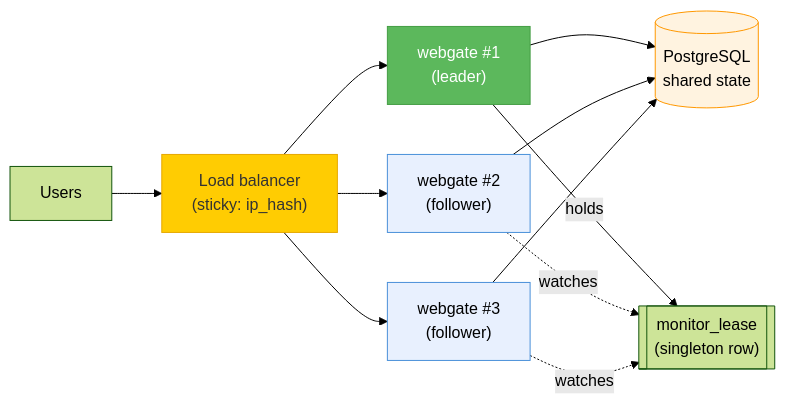
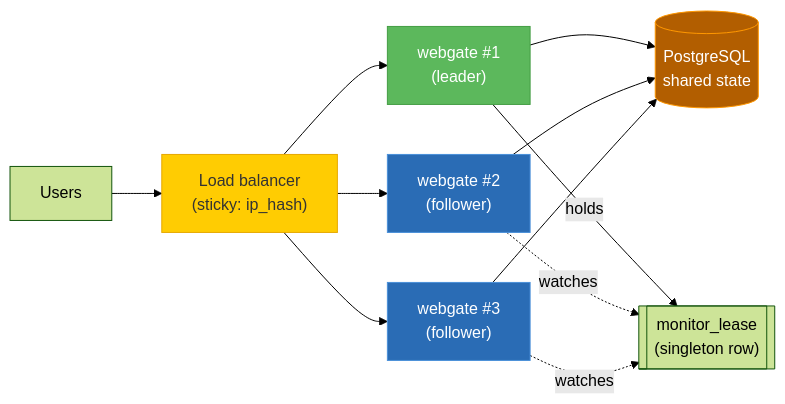
Before and after one commit to kalexnolasco/webgate: the eighth of 8 diagrams in README.md, drawn with Mermaid (forest theme). The commit also changed other lines of this file and 26 other files, not shown here.

````diff
--- a/README.md
+++ b/README.md
@@ -583,25 +583,25 @@
 ```mermaid
 flowchart LR
     U["Users"]
     LB["Load balancer<br/>(sticky: ip_hash)"]
     W1["webgate #1<br/>(leader)"]
     W2["webgate #2<br/>(follower)"]
     W3["webgate #3<br/>(follower)"]
     PG[(PostgreSQL<br/>shared state)]
     LEASE[["monitor_lease<br/>(singleton row)"]]
     U --> LB
     LB --> W1
     LB --> W2
     LB --> W3
     W1 --> PG
     W2 --> PG
     W3 --> PG
     W1 -- holds --> LEASE
     W2 -. watches .-> LEASE
     W3 -. watches .-> LEASE
     style LB fill:#ffcc02,stroke:#e6a800,color:#333
     style W1 fill:#5cb85c,stroke:#449d44,color:#fff
-    style W2 fill:#e8f0fe,stroke:#4a90d9
-    style W3 fill:#e8f0fe,stroke:#4a90d9
-    style PG fill:#fff3e0,stroke:#ff9800
+    style W2 fill:#2a6cb5,stroke:#4a90d9,color:#fff
+    style W3 fill:#2a6cb5,stroke:#4a90d9,color:#fff
+    style PG fill:#b25e00,stroke:#ff9800,color:#fff
 ```
````
